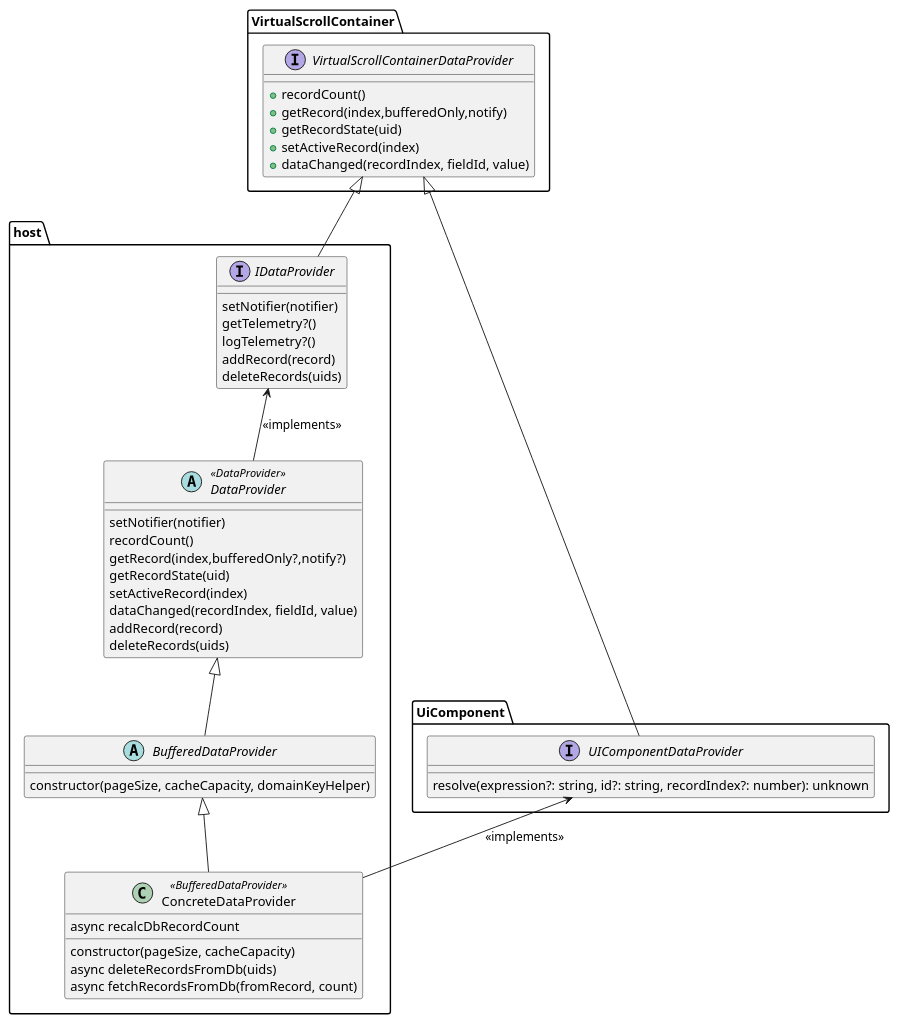
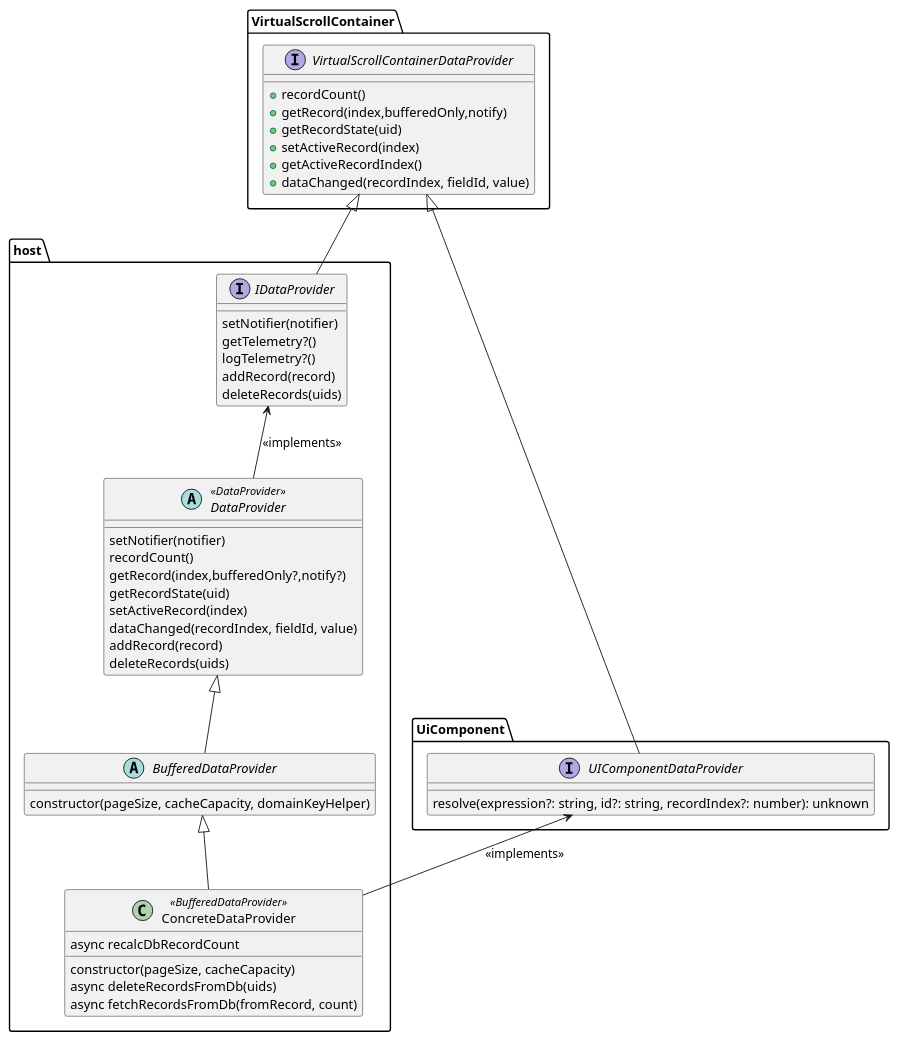
One commit to arch-kiosk/lab changed the diagram in packages/appfoundation/uml/uicomponent-dataprovider-classes.puml. Above: the diagram before and after it, drawn with PlantUML. The commit also changed 34 other files, not shown here.

Commit message:
pretty massive schema refactoring for layouts controlling element.layout properties

```diff
--- a/packages/appfoundation/uml/uicomponent-dataprovider-classes.puml
+++ b/packages/appfoundation/uml/uicomponent-dataprovider-classes.puml
@@ -1,61 +1,62 @@
 @startuml
 'https://plantuml.com/class-diagram
 
 namespace VirtualScrollContainer {
     interface VirtualScrollContainerDataProvider {
         +recordCount()
         +getRecord(index,bufferedOnly,notify)
         +getRecordState(uid)
         +setActiveRecord(index)
+        +getActiveRecordIndex()
         +dataChanged(recordIndex, fieldId, value)
     }
 
 }
 
 namespace host {
     abstract class DataProvider<<DataProvider>> {
       setNotifier(notifier)
       recordCount()
       getRecord(index,bufferedOnly?,notify?)
       getRecordState(uid)
       setActiveRecord(index)
       dataChanged(recordIndex, fieldId, value)
       addRecord(record)
       deleteRecords(uids)
     }
 
     abstract class BufferedDataProvider{
         constructor(pageSize, cacheCapacity, domainKeyHelper)
     }
 
     class ConcreteDataProvider<<BufferedDataProvider>> {
         constructor(pageSize, cacheCapacity)
         async recalcDbRecordCount
         async deleteRecordsFromDb(uids)
         async fetchRecordsFromDb(fromRecord, count)
     }
 
     interface IDataProvider{
         setNotifier(notifier)
         getTelemetry?()
         logTelemetry?()
         addRecord(record)
         deleteRecords(uids)
     }
     VirtualScrollContainerDataProvider <|-- IDataProvider
 
 }
 
 namespace UiComponent {
     interface UIComponentDataProvider {
         resolve(expression?: string, id?: string, recordIndex?: number): unknown
     }
     VirtualScrollContainerDataProvider <|-- UIComponentDataProvider
 }
 
 
 IDataProvider <-- DataProvider: <<implements>>
 DataProvider <|-- BufferedDataProvider
 BufferedDataProvider <|-- ConcreteDataProvider
 UIComponentDataProvider <-- ConcreteDataProvider: <<implements>>
 @enduml
```
